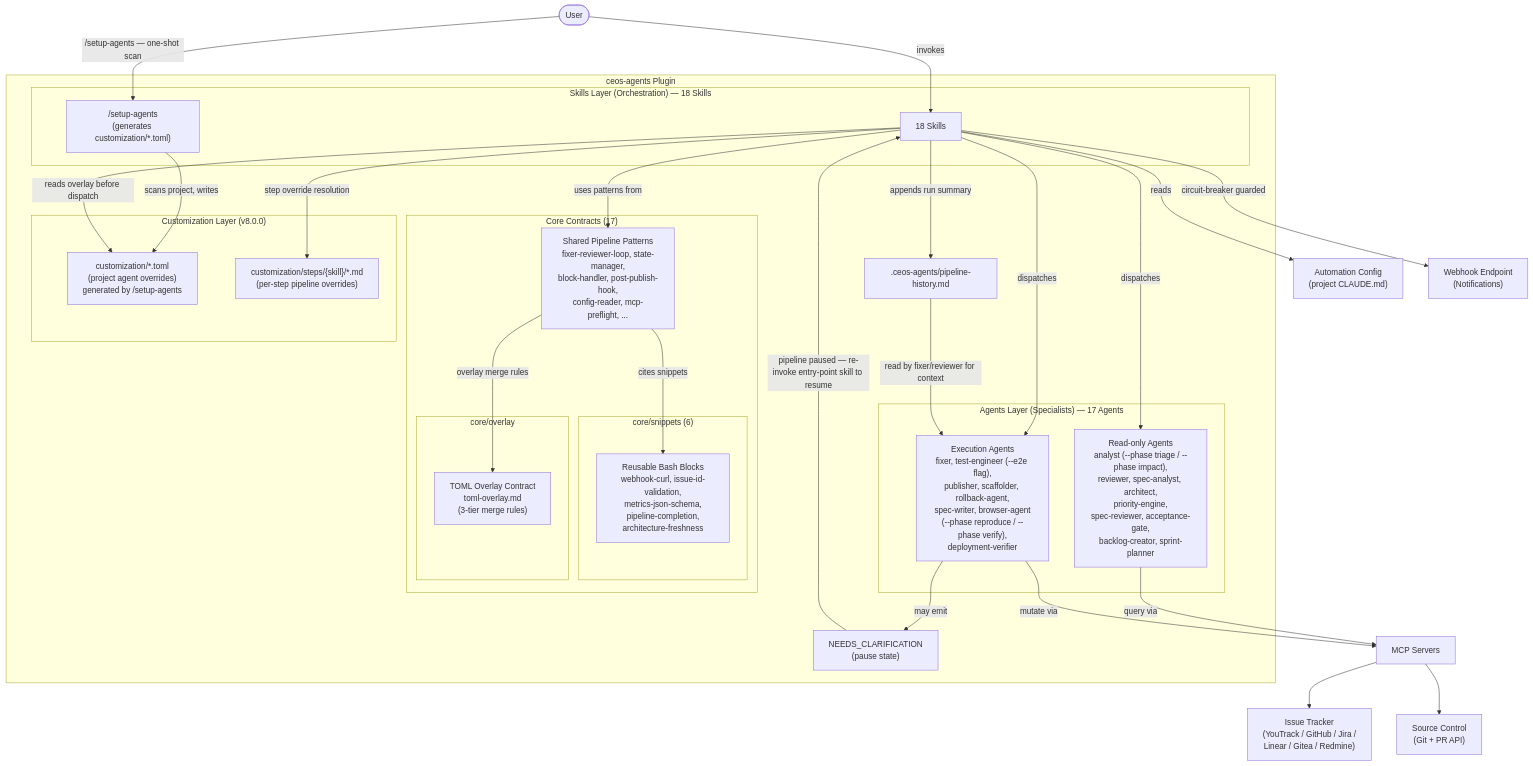
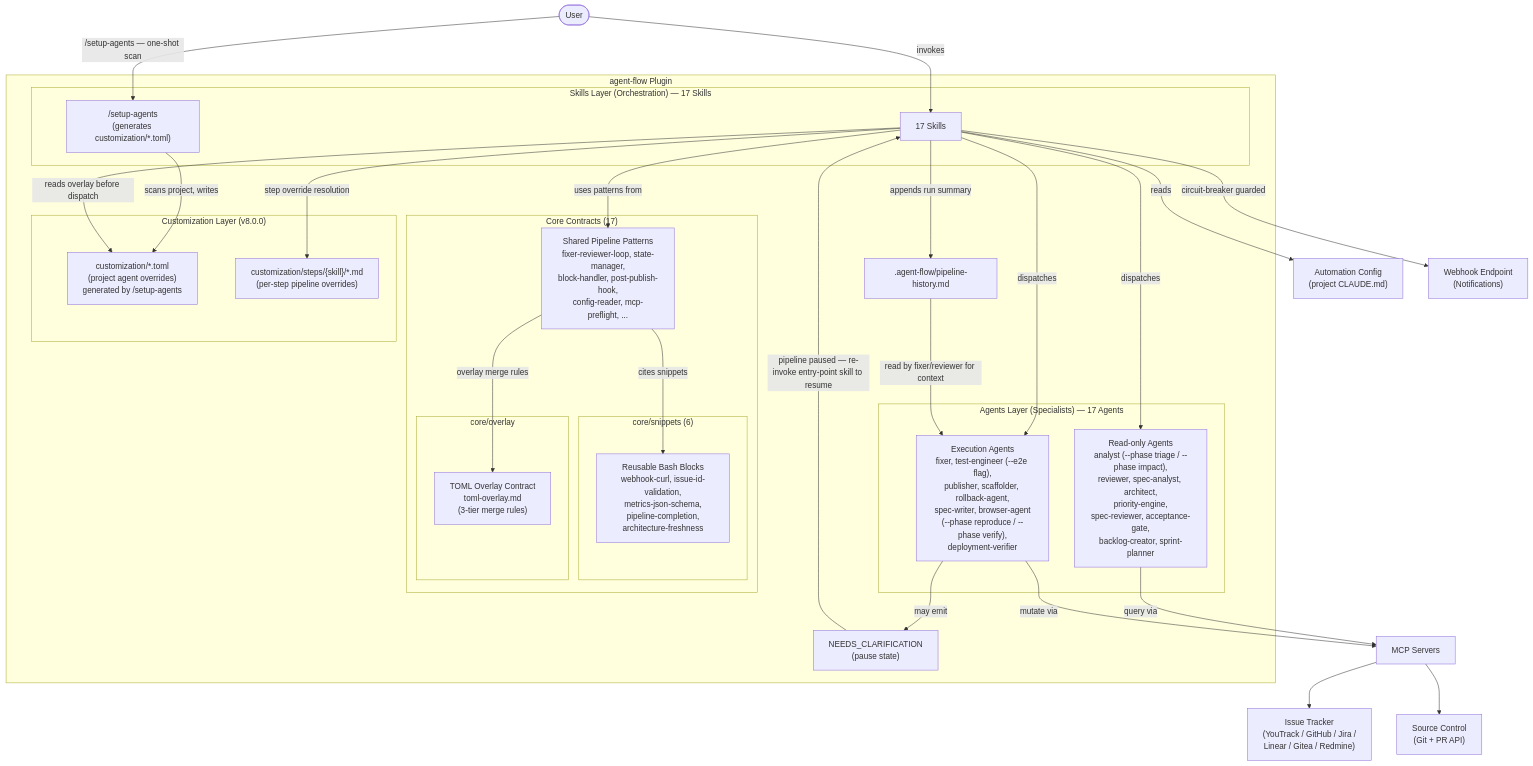
Before and after one commit to jakubsenk/agent-flow: the first of 5 diagrams in docs/architecture.md, drawn with Mermaid. The commit also changed other lines of this file and 2702 other files, not shown here.

First line of the commit message:
chore: rename ceos-agents → agent-flow, release v1.0.0

````diff
--- a/docs/architecture.md
+++ b/docs/architecture.md
@@ -23,57 +23,57 @@
 ```mermaid
 graph TD
     User([User])
 
-    subgraph "ceos-agents Plugin"
-        subgraph "Skills Layer (Orchestration) — 18 Skills"
-            SKL[18 Skills]
+    subgraph "agent-flow Plugin"
+        subgraph "Skills Layer (Orchestration) — 17 Skills"
+            SKL[17 Skills]
             SETUP_AGT["/setup-agents<br/>(generates customization/*.toml)"]
         end
         subgraph "Agents Layer (Specialists) — 17 Agents"
             READ_AGENTS["Read-only Agents<br/>analyst (--phase triage / --phase impact),<br/>reviewer, spec-analyst, architect,<br/>priority-engine,<br/>spec-reviewer, acceptance-gate,<br/>backlog-creator, sprint-planner"]
             EXEC_AGENTS["Execution Agents<br/>fixer, test-engineer (--e2e flag),<br/>publisher, scaffolder, rollback-agent,<br/>spec-writer, browser-agent<br/>(--phase reproduce / --phase verify),<br/>deployment-verifier"]
         end
         subgraph "Core Contracts (17)"
             CORE["Shared Pipeline Patterns<br/>fixer-reviewer-loop, state-manager,<br/>block-handler, post-publish-hook,<br/>config-reader, mcp-preflight, ..."]
             subgraph "core/snippets (6)"
                 SNIPPETS["Reusable Bash Blocks<br/>webhook-curl, issue-id-validation,<br/>metrics-json-schema,<br/>pipeline-completion,<br/>architecture-freshness"]
             end
             subgraph "core/overlay"
                 TOML_OVL["TOML Overlay Contract<br/>toml-overlay.md<br/>(3-tier merge rules)"]
             end
         end
         subgraph "Customization Layer (v8.0.0)"
             TOML["customization/*.toml<br/>(project agent overrides)<br/>generated by /setup-agents"]
             STEP_OVL["customization/steps/{skill}/*.md<br/>(per-step pipeline overrides)"]
         end
         PAUSE["NEEDS_CLARIFICATION<br/>(pause state)"]
-        HIST[".ceos-agents/pipeline-history.md"]
+        HIST[".agent-flow/pipeline-history.md"]
     end
 
     CONFIG["Automation Config<br/>(project CLAUDE.md)"]
     ISSUE_TRACKER["Issue Tracker<br/>(YouTrack / GitHub / Jira /<br/>Linear / Gitea / Redmine)"]
     SOURCE_CONTROL["Source Control<br/>(Git + PR API)"]
     MCP["MCP Servers"]
     WEBHOOK["Webhook Endpoint<br/>(Notifications)"]
 
     User -->|invokes| SKL
     User -->|"/setup-agents — one-shot scan"| SETUP_AGT
     SETUP_AGT -->|"scans project, writes"| TOML
     SKL -->|reads| CONFIG
     SKL -->|dispatches| READ_AGENTS
     SKL -->|dispatches| EXEC_AGENTS
     SKL -->|"reads overlay before dispatch"| TOML
     SKL -->|"step override resolution"| STEP_OVL
     SKL -->|uses patterns from| CORE
     CORE -->|cites snippets| SNIPPETS
     CORE -->|overlay merge rules| TOML_OVL
     READ_AGENTS -->|query via| MCP
     EXEC_AGENTS -->|mutate via| MCP
     MCP --> ISSUE_TRACKER
     MCP --> SOURCE_CONTROL
     EXEC_AGENTS -->|may emit| PAUSE
     PAUSE -->|pipeline paused — re-invoke entry-point skill to resume| SKL
     SKL -->|appends run summary| HIST
     HIST -->|read by fixer/reviewer for context| EXEC_AGENTS
     SKL -->|circuit-breaker guarded| WEBHOOK
 ```
````
